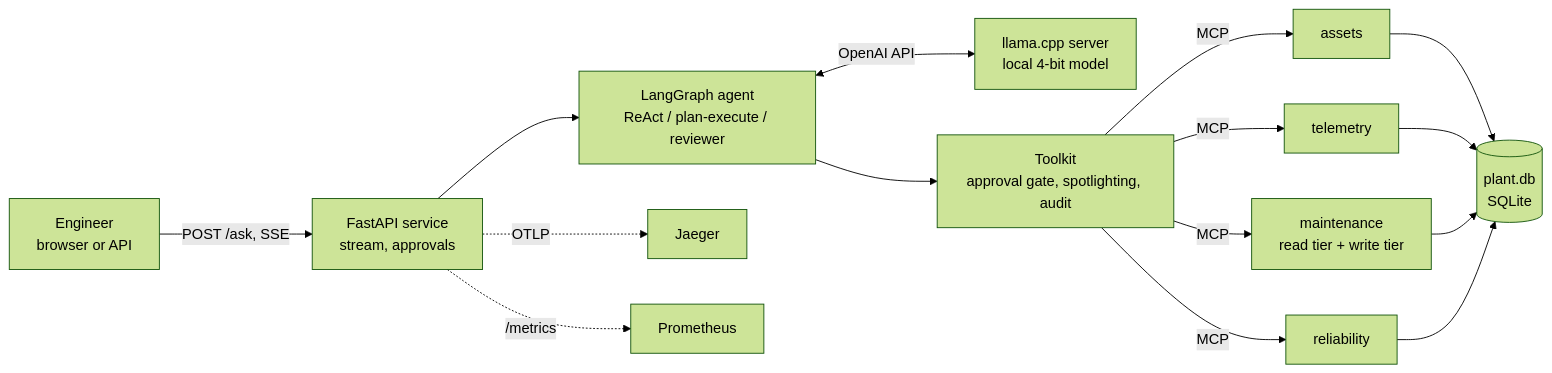
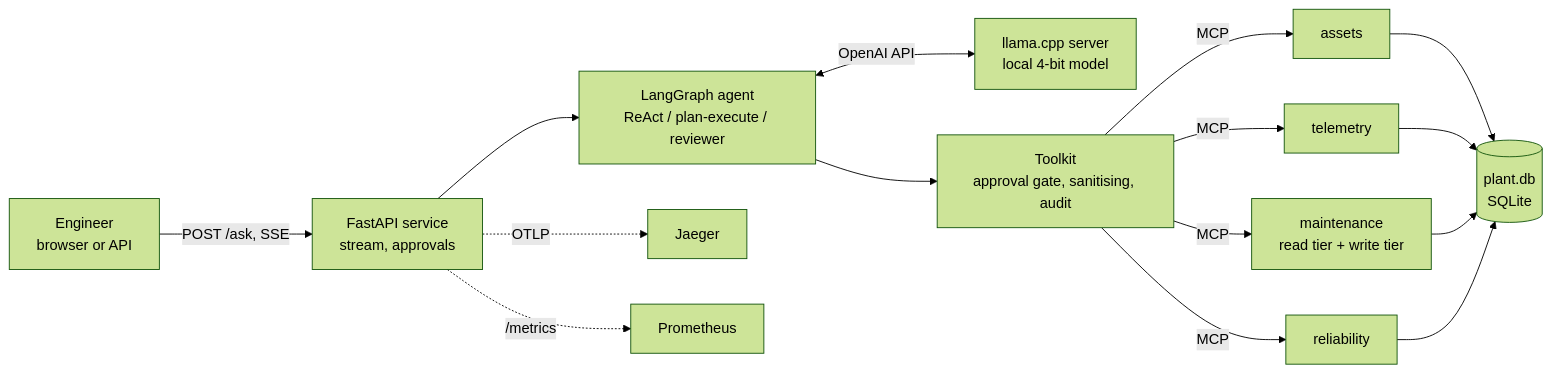
One commit to GBR-RL/shopfloor-agent changed the diagram in README.md. Above: the diagram before and after it, drawn with Mermaid (forest theme). The commit also changed other lines of this file and 16 other files, not shown here.

````diff
--- a/README.md
+++ b/README.md
@@ -194,14 +249,14 @@
 ```mermaid
 flowchart LR
     U[Engineer<br>browser or API] -->|POST /ask, SSE| S[FastAPI service<br>stream, approvals]
     S --> A[LangGraph agent<br>ReAct / plan-execute / reviewer]
     A <-->|OpenAI API| L[llama.cpp server<br>local 4-bit model]
-    A --> T[Toolkit<br>approval gate, spotlighting, audit]
+    A --> T[Toolkit<br>approval gate, sanitising, audit]
     T -->|MCP| SA[assets]
     T -->|MCP| ST[telemetry]
     T -->|MCP| SM[maintenance<br>read tier + write tier]
     T -->|MCP| SR[reliability]
     SA & ST & SM & SR --> D[(plant.db<br>SQLite)]
     S -.->|OTLP| J[Jaeger]
     S -.->|/metrics| P[Prometheus]
 ```
````
